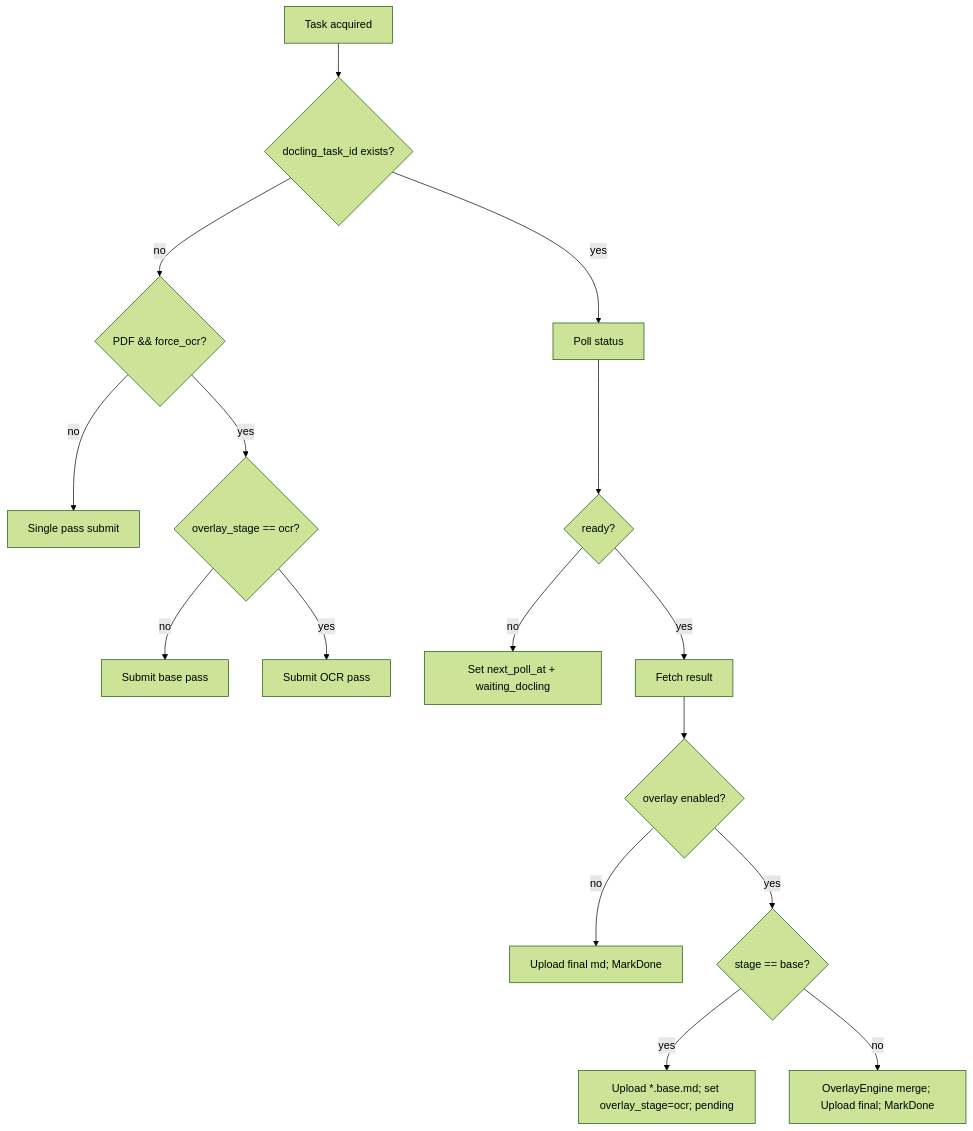
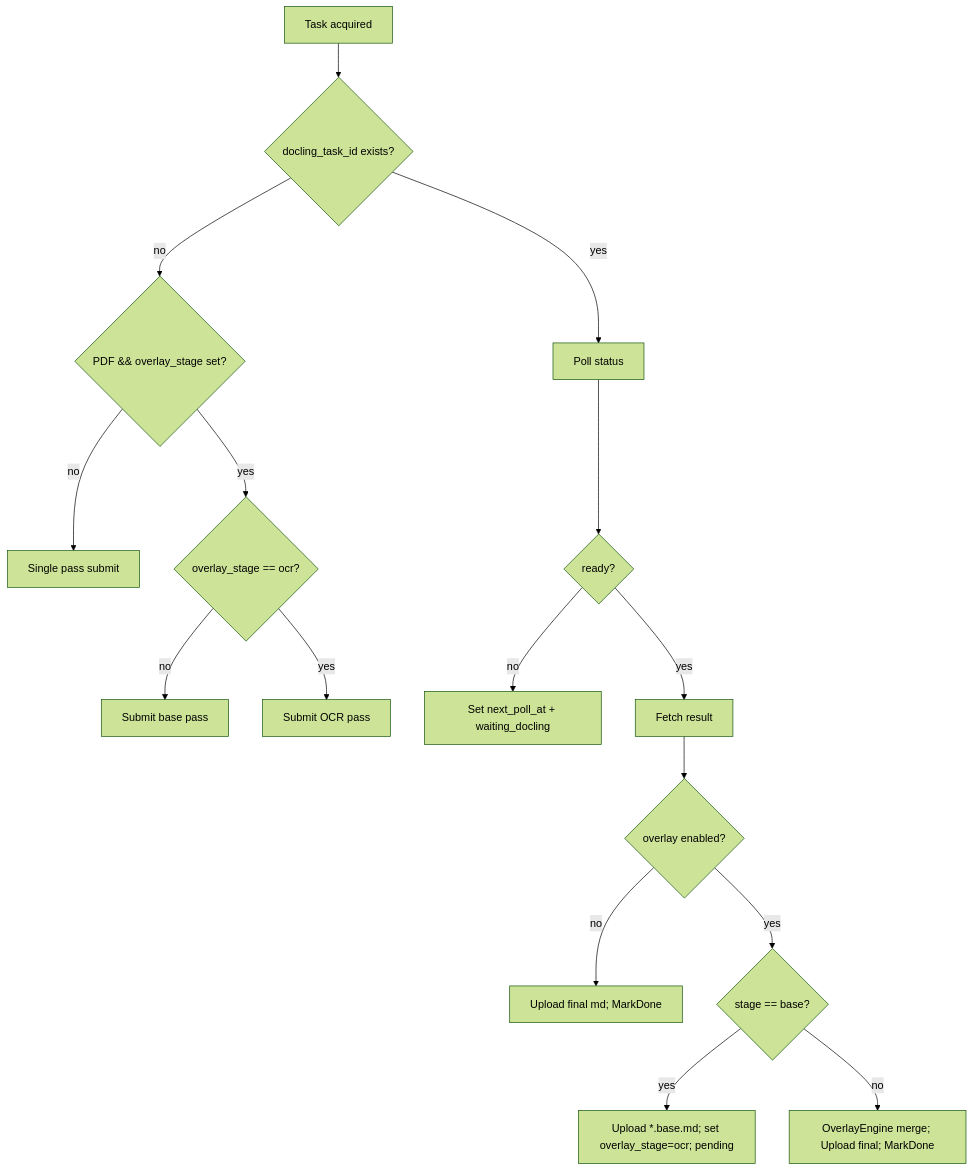
The third of 3 diagrams in backend/docling-transformer-service/task.md (FedorovTeam/mono-repo), drawn with Mermaid (forest theme) before and after one commit. The commit also changed other lines of this file and 19 other files, not shown here.

Commit message:
Remove force OCR handling

````diff
--- a/backend/docling-transformer-service/task.md
+++ b/backend/docling-transformer-service/task.md
@@ -316,22 +313,22 @@
 ```mermaid
 flowchart TD
   A[Task acquired] --> B{docling_task_id exists?}
   B -- yes --> P[Poll status]
-  B -- no --> C{PDF && force_ocr?}
+  B -- no --> C{PDF && overlay_stage set?}
 
   C -- no --> S[Single pass submit]
   C -- yes --> D{overlay_stage == ocr?}
   D -- no --> BASE[Submit base pass]
   D -- yes --> OCR[Submit OCR pass]
 
   P --> E{ready?}
   E -- no --> WAIT[Set next_poll_at + waiting_docling]
   E -- yes --> R[Fetch result]
 
   R --> F{overlay enabled?}
   F -- no --> DONE1[Upload final md; MarkDone]
   F -- yes --> G{stage == base?}
   G -- yes --> SAVEBASE[Upload *.base.md; set overlay_stage=ocr; pending]
   G -- no --> MERGE[OverlayEngine merge; Upload final; MarkDone]
 
 ```
````
